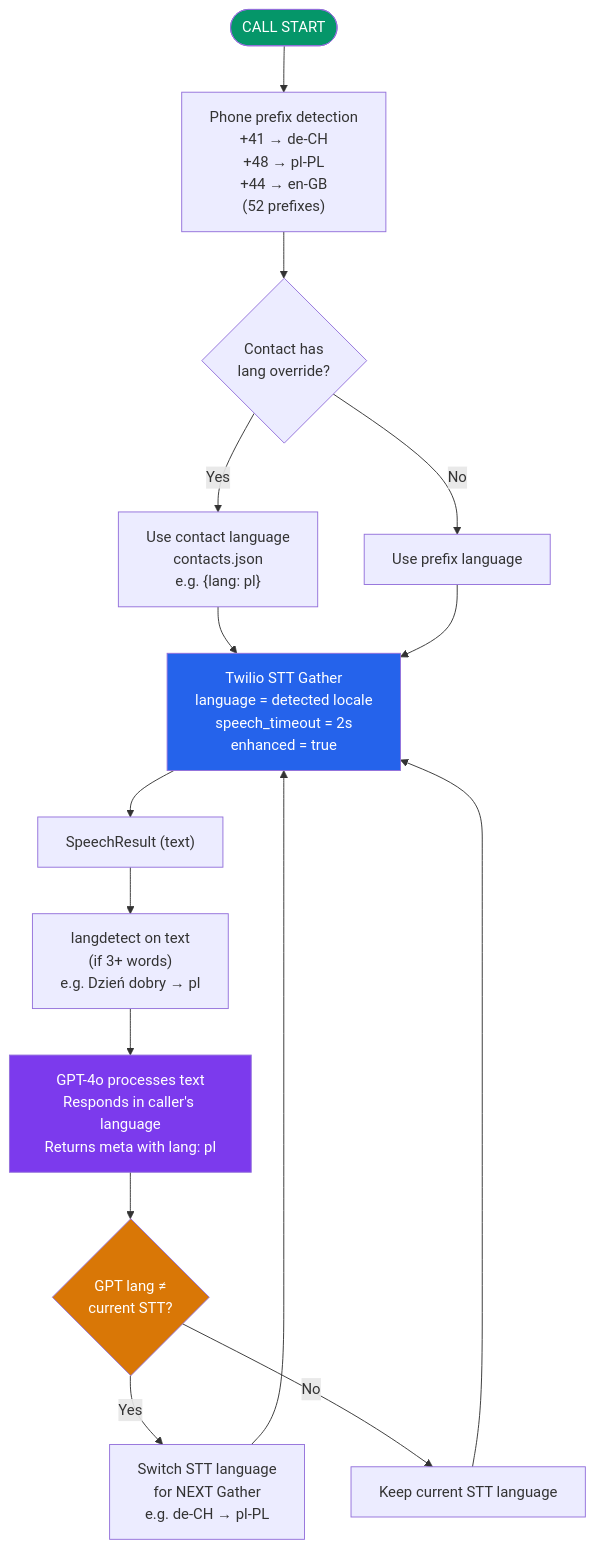
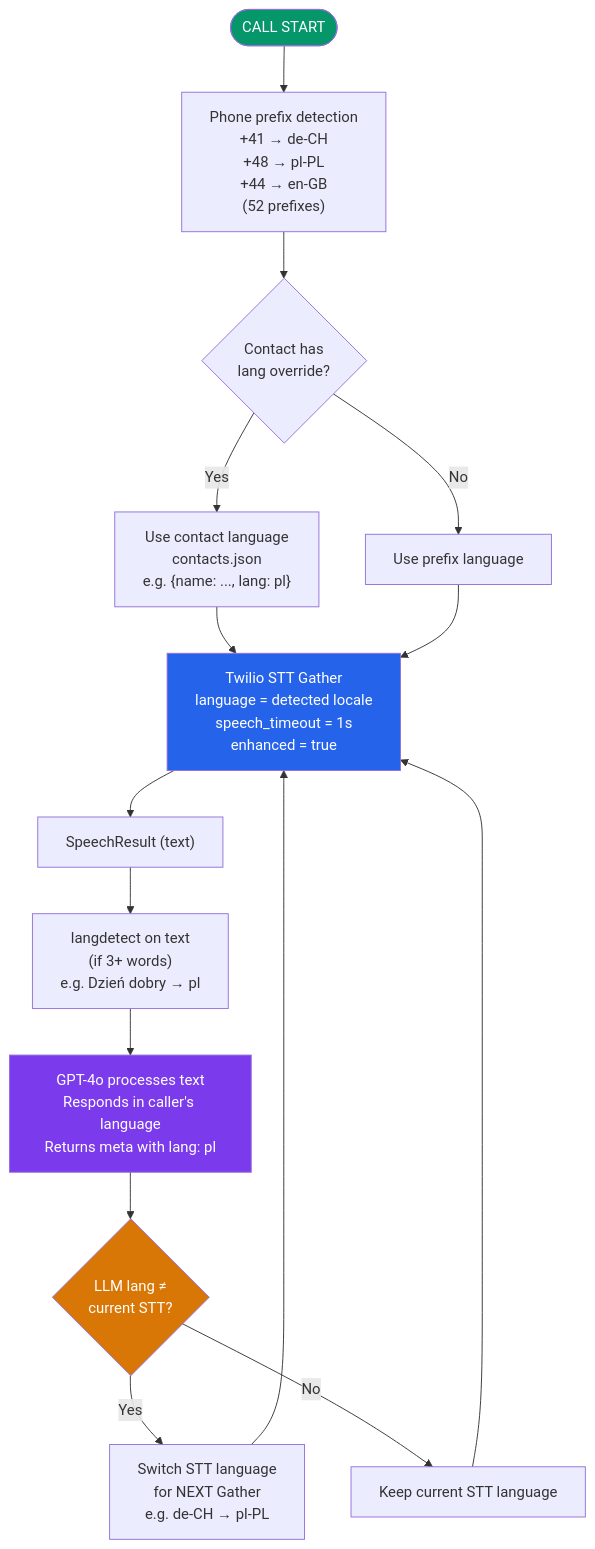
One commit to dzaczek/ava changed the third of 7 diagrams in README.md. Above: the diagram before and after it, drawn with Mermaid. The commit also changed other lines of this file and 2 other files, not shown here.

````diff
--- a/README.md
+++ b/README.md
@@ -179,30 +179,30 @@
 ```mermaid
 flowchart TD
     Start([CALL START]) --> Prefix["Phone prefix detection<br/>+41 → de-CH<br/>+48 → pl-PL<br/>+44 → en-GB<br/>(52 prefixes)"]
 
     Prefix --> ContactCheck{Contact has<br/>lang override?}
-    ContactCheck -->|Yes| ContactLang["Use contact language<br/>contacts.json<br/>e.g. {lang: pl}"]
+    ContactCheck -->|Yes| ContactLang["Use contact language<br/>contacts.json<br/>e.g. {name: ..., lang: pl}"]
     ContactCheck -->|No| PrefixLang["Use prefix language"]
 
     ContactLang --> Gather
     PrefixLang --> Gather
 
-    Gather["Twilio STT Gather<br/>language = detected locale<br/>speech_timeout = 2s<br/>enhanced = true"]
+    Gather["Twilio STT Gather<br/>language = detected locale<br/>speech_timeout = 1s<br/>enhanced = true"]
 
     Gather --> Speech["SpeechResult (text)"]
     Speech --> Detect["langdetect on text<br/>(if 3+ words)<br/>e.g. Dzień dobry → pl"]
 
     Detect --> GPT["GPT-4o processes text<br/>Responds in caller's language<br/>Returns meta with lang: pl"]
 
-    GPT --> Switch{GPT lang ≠<br/>current STT?}
+    GPT --> Switch{LLM lang ≠<br/>current STT?}
     Switch -->|Yes| Update["Switch STT language<br/>for NEXT Gather<br/>e.g. de-CH → pl-PL"]
     Switch -->|No| Keep["Keep current STT language"]
 
     Update --> Gather
     Keep --> Gather
 
     style Start fill:#059669,color:#fff
     style Gather fill:#2563eb,color:#fff
     style GPT fill:#7c3aed,color:#fff
     style Switch fill:#d97706,color:#fff
 ```
````
